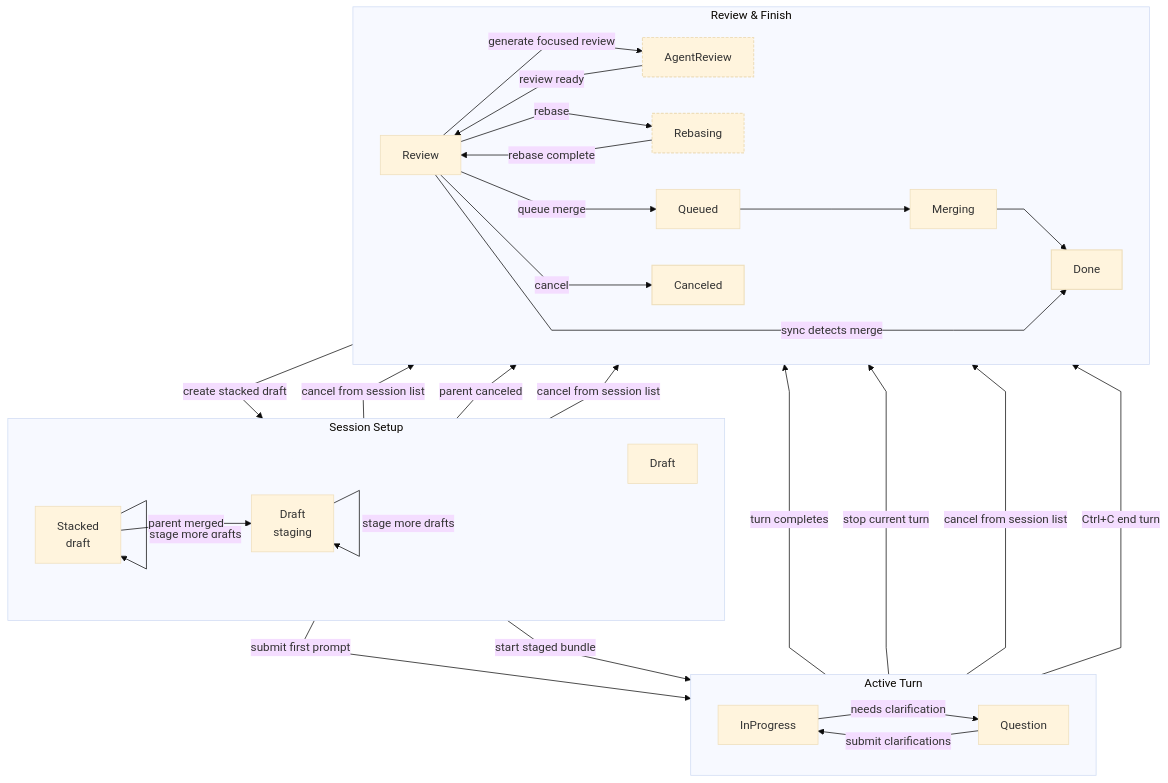
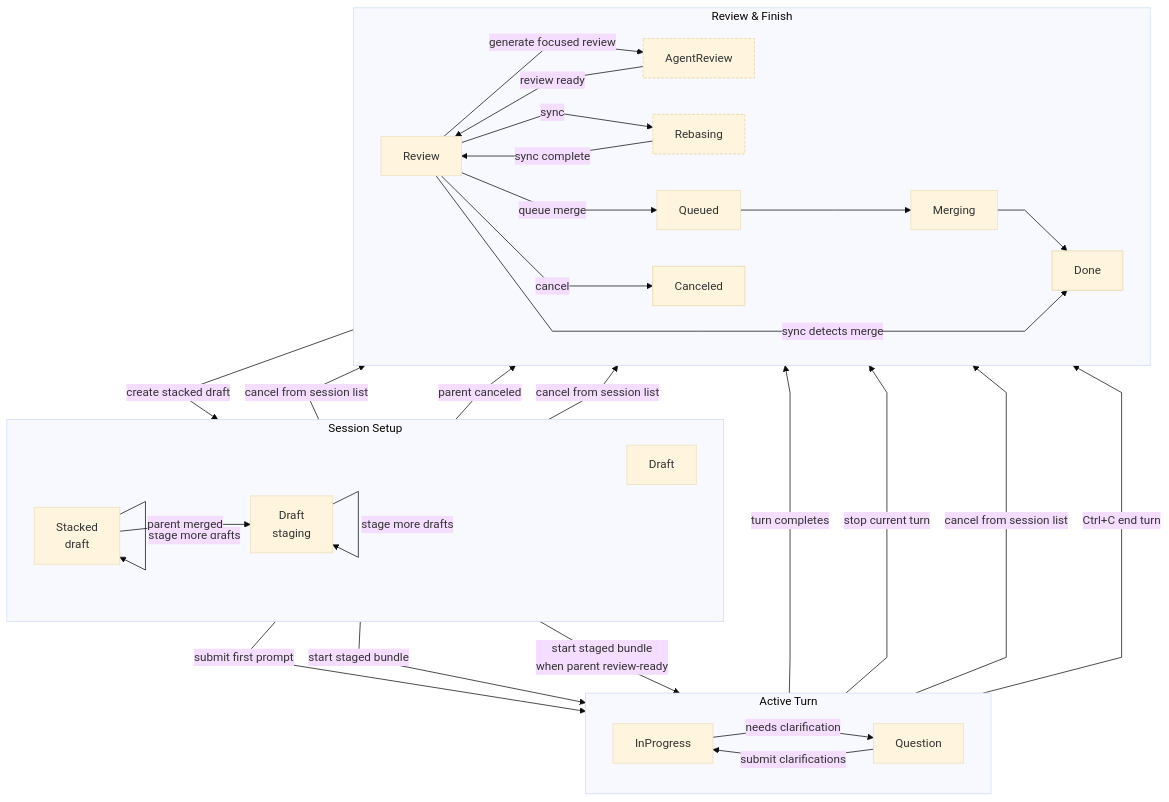
One commit to agentty-xyz/agentty changed the diagram in docs/site/content/docs/usage/workflow.md. Above: the diagram before and after it, drawn with Mermaid (base theme). The commit also changed other lines of this file and 22 other files, not shown here.

First line of the commit message:
Allows stacked drafts to start before parent merges

````diff
--- a/docs/site/content/docs/usage/workflow.md
+++ b/docs/site/content/docs/usage/workflow.md
@@ -320,60 +331,61 @@
 ```mermaid
 %%{init: { "flowchart": { "curve": "linear" } } }%%
 flowchart TB
   classDef auxiliary stroke-dasharray: 4 2,stroke-width: 1.5px;
   classDef terminal stroke-width: 1.5px;
 
   subgraph start["Session Setup"]
     direction LR
     new_regular["Draft"]
     new_draft["Draft<br/>staging"]
     stacked_draft["Stacked<br/>draft"]
   end
 
   subgraph active["Active Turn"]
     direction LR
     in_progress["InProgress"]
     question["Question"]
   end
 
   subgraph finish["Review & Finish"]
     direction LR
     review["Review"]
     agent_review["AgentReview"]
     rebasing["Rebasing"]
     queued["Queued"]
     merging["Merging"]
     done["Done"]
     canceled["Canceled"]
   end
 
   new_regular -->|submit first prompt| in_progress
   new_draft -->|stage more drafts| new_draft
   new_draft -->|start staged bundle| in_progress
   new_draft -->|cancel from session list| canceled
   stacked_draft -->|stage more drafts| stacked_draft
+  stacked_draft -->|start staged bundle<br/>when parent review-ready| in_progress
   stacked_draft -->|parent merged| new_draft
   stacked_draft -->|parent canceled| canceled
   stacked_draft -->|cancel from session list| canceled
 
   in_progress -->|turn completes| review
   in_progress -->|needs clarification| question
   in_progress -->|stop current turn| review
   in_progress -->|cancel from session list| canceled
   question -->|submit clarifications| in_progress
   question -->|Ctrl+C end turn| review
 
   review -->|generate focused review| agent_review
   review -->|create stacked draft| stacked_draft
   agent_review -->|review ready| review
-  review -->|rebase| rebasing
-  rebasing -->|rebase complete| review
+  review -->|sync| rebasing
+  rebasing -->|sync complete| review
   review -->|queue merge| queued
   queued --> merging
   merging --> done
   review -->|cancel| canceled
   review -->|sync detects merge| done
 
   class agent_review,rebasing auxiliary
   class done,canceled terminal
 ```
````
